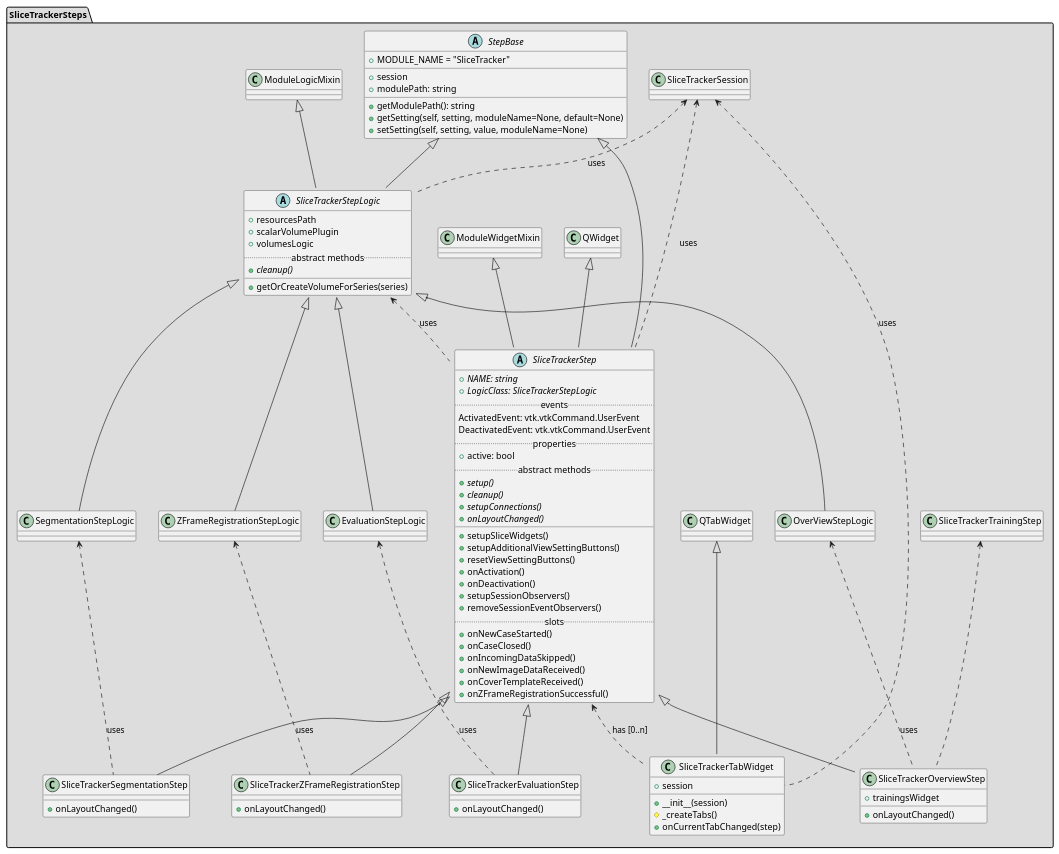
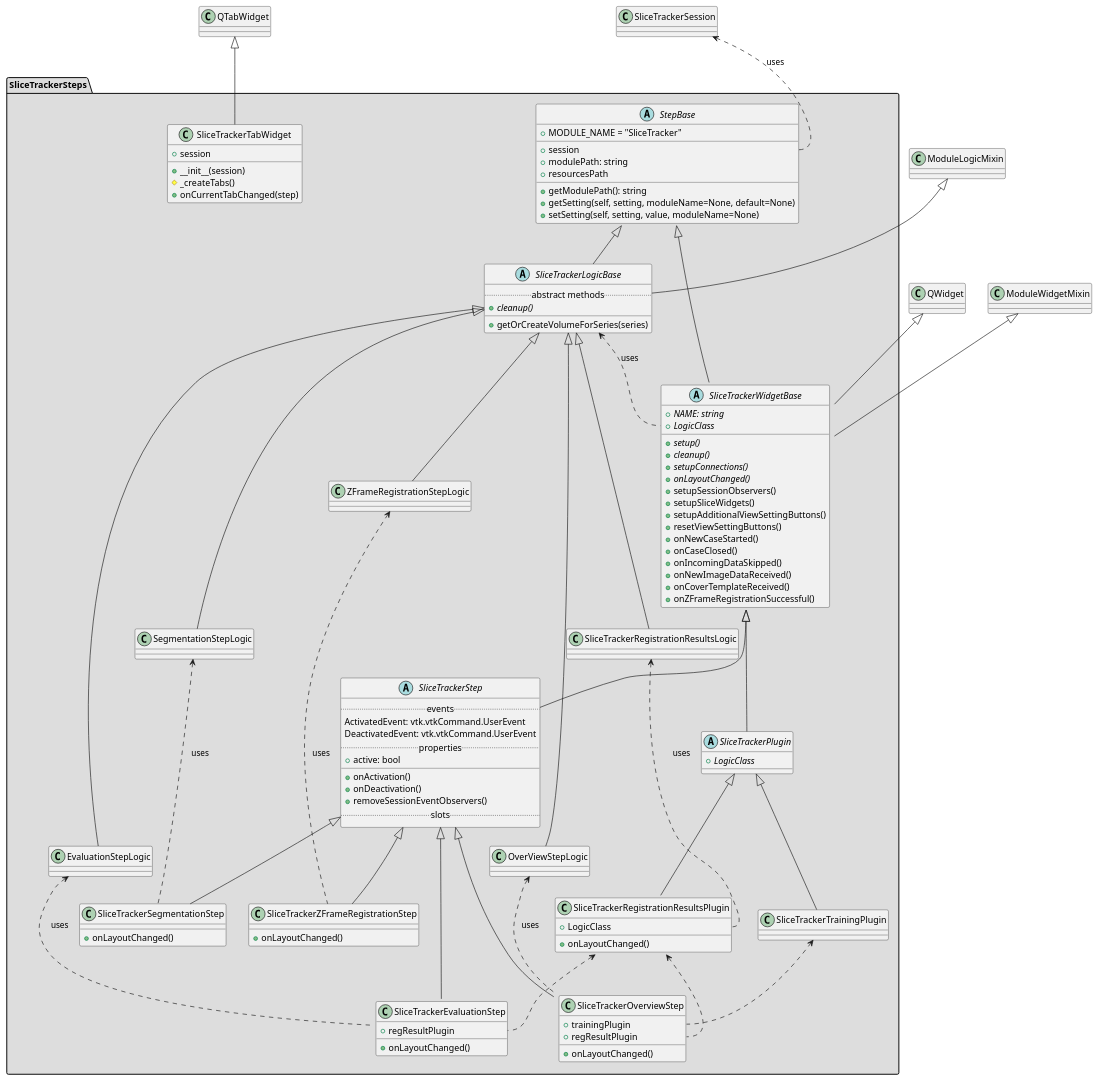
Before and after one commit to SlicerProstate/SliceTracker: the diagram in puml/SliceTrackerSteps.puml, drawn with PlantUML. The commit also changed 10 other files, not shown here.

First line of the commit message:
ENH: Extracted registration result specific code for visualization and layout changes into plugin SliceTrackerRegistrationResultsPlugin

```diff
--- a/puml/SliceTrackerSteps.puml
+++ b/puml/SliceTrackerSteps.puml
@@ -1,129 +1,147 @@
 @startuml
 
 package "SliceTrackerSteps" #DDDDDD {
-
-
-  QTabWidget <|-- SliceTrackerTabWidget
-  SliceTrackerStep <.. SliceTrackerTabWidget::steps: has [0..n]
 
   class SliceTrackerTabWidget {
     + session
     + __init__(session)
     # _createTabs()
     + onCurrentTabChanged(step)
   }
 
-  ModuleWidgetMixin <|-- SliceTrackerStep
-  StepBase <|-- SliceTrackerStep
-  QWidget <|-- SliceTrackerStep
-
   abstract class StepBase {
     + MODULE_NAME = "SliceTracker"
     __
     + session
     + modulePath: string
+    + resourcesPath
     __
     + getModulePath(): string
     + getSetting(self, setting, moduleName=None, default=None)
     + setSetting(self, setting, value, moduleName=None)
   }
 
-  abstract class SliceTrackerStep {
+  abstract class SliceTrackerPlugin {
+    + {abstract} LogicClass
+  }
+
+  SliceTrackerWidgetBase <|-- SliceTrackerPlugin
+
+  abstract class SliceTrackerWidgetBase {
     + {abstract} NAME: string
-    + {abstract} LogicClass: SliceTrackerStepLogic
-    .. events ..
-    ActivatedEvent: vtk.vtkCommand.UserEvent
-    DeactivatedEvent: vtk.vtkCommand.UserEvent
-    .. properties ..
-    + active: bool
-    .. abstract methods ..
+    + {abstract} LogicClass
     + {abstract} setup()
     + {abstract} cleanup()
     + {abstract} setupConnections()
     + {abstract} onLayoutChanged()
-    __
+    + setupSessionObservers()
     + setupSliceWidgets()
     + setupAdditionalViewSettingButtons()
     + resetViewSettingButtons()
-    + onActivation()
-    + onDeactivation()
-    + setupSessionObservers()
-    + removeSessionEventObservers()
-    .. slots ..
     + onNewCaseStarted()
     + onCaseClosed()
     + onIncomingDataSkipped()
     + onNewImageDataReceived()
     + onCoverTemplateReceived()
     + onZFrameRegistrationSuccessful()
   }
 
-  abstract class SliceTrackerStepLogic {
-    + resourcesPath
-    + scalarVolumePlugin
-    + volumesLogic
+  StepBase <|-- SliceTrackerWidgetBase
+
+  abstract class SliceTrackerStep {
+    .. events ..
+    ActivatedEvent: vtk.vtkCommand.UserEvent
+    DeactivatedEvent: vtk.vtkCommand.UserEvent
+    .. properties ..
+    + active: bool
+    __
+    + onActivation()
+    + onDeactivation()
+    + removeSessionEventObservers()
+    .. slots ..
+  }
+
+  SliceTrackerWidgetBase <|-- SliceTrackerStep
+
+
+  abstract class SliceTrackerLogicBase {
     .. abstract methods ..
     + {abstract} cleanup()
     __
     + getOrCreateVolumeForSeries(series)
   }
 
-  StepBase <|-- SliceTrackerStepLogic
-  ModuleLogicMixin <|-- SliceTrackerStepLogic
+  StepBase <|-- SliceTrackerLogicBase
 
   class SliceTrackerOverviewStep {
     + onLayoutChanged()
-    + trainingsWidget
+    + trainingPlugin
+    + regResultPlugin
   }
 
-  class SliceTrackerTrainingStep {
+  class SliceTrackerTrainingPlugin {
   }
 
-  SliceTrackerTrainingStep <.. SliceTrackerOverviewStep::traningsWidget
+  class SliceTrackerRegistrationResultsPlugin {
+    + LogicClass
+    + onLayoutChanged()
+  }
+
+  class SliceTrackerRegistrationResultsLogic
+
+  SliceTrackerTrainingPlugin <.. SliceTrackerOverviewStep::trainingPlugin
+  SliceTrackerPlugin <|-- SliceTrackerTrainingPlugin
+  SliceTrackerPlugin <|-- SliceTrackerRegistrationResultsPlugin
+  SliceTrackerRegistrationResultsPlugin <.. SliceTrackerOverviewStep::regResultPlugin
+  SliceTrackerLogicBase <|-- SliceTrackerRegistrationResultsLogic
+  SliceTrackerRegistrationResultsLogic <.. SliceTrackerRegistrationResultsPlugin::LogicClass: uses
 
 
   class SliceTrackerSegmentationStep {
     + onLayoutChanged()
   }
 
   class SliceTrackerZFrameRegistrationStep {
     + onLayoutChanged()
   }
 
   class SliceTrackerEvaluationStep {
+    + regResultPlugin
+    __
     + onLayoutChanged()
   }
 
-
-  'SliceTrackerSession "0" --> "*" SliceTrackerStep
+  SliceTrackerRegistrationResultsPlugin <.. SliceTrackerEvaluationStep::regResultPlugin
 
   'class OverViewStepLogic
   'class SegmentationStepLogic
   'class ZFrameRegistrationStepLogic
   'class EvaluationStepLogic
   '
-  SliceTrackerStepLogic <|-- OverViewStepLogic
-  SliceTrackerStepLogic <|-- SegmentationStepLogic
-  SliceTrackerStepLogic <|-- ZFrameRegistrationStepLogic
-  SliceTrackerStepLogic <|-- EvaluationStepLogic
+  SliceTrackerLogicBase <|-- OverViewStepLogic
+  SliceTrackerLogicBase <|-- SegmentationStepLogic
+  SliceTrackerLogicBase <|-- ZFrameRegistrationStepLogic
+  SliceTrackerLogicBase <|-- EvaluationStepLogic
 
   SliceTrackerStep <|-- SliceTrackerOverviewStep
   SliceTrackerStep <|-- SliceTrackerSegmentationStep
   SliceTrackerStep <|-- SliceTrackerZFrameRegistrationStep
   SliceTrackerStep <|-- SliceTrackerEvaluationStep
 
   OverViewStepLogic <.. SliceTrackerOverviewStep: uses
   SegmentationStepLogic <.. SliceTrackerSegmentationStep: uses
   ZFrameRegistrationStepLogic <.. SliceTrackerZFrameRegistrationStep: uses
   EvaluationStepLogic <.. SliceTrackerEvaluationStep: uses
 
-  SliceTrackerStepLogic <.. SliceTrackerStep : uses
-
-  SliceTrackerSession <.. SliceTrackerStep::session : uses
-  SliceTrackerSession <.. SliceTrackerStepLogic::session: uses
-  SliceTrackerSession <.. SliceTrackerTabWidget::session: uses
+  SliceTrackerLogicBase <.. SliceTrackerWidgetBase::LogicClass : uses
 }
 
+QTabWidget <|-- SliceTrackerTabWidget
+QWidget <|-- SliceTrackerWidgetBase
+ModuleWidgetMixin <|-- SliceTrackerWidgetBase
+ModuleLogicMixin <|-- SliceTrackerLogicBase
 
+SliceTrackerSession <.. StepBase::session : uses
+'SliceTrackerSession "0" --> "*" SliceTrackerStep
 
 @enduml
```
